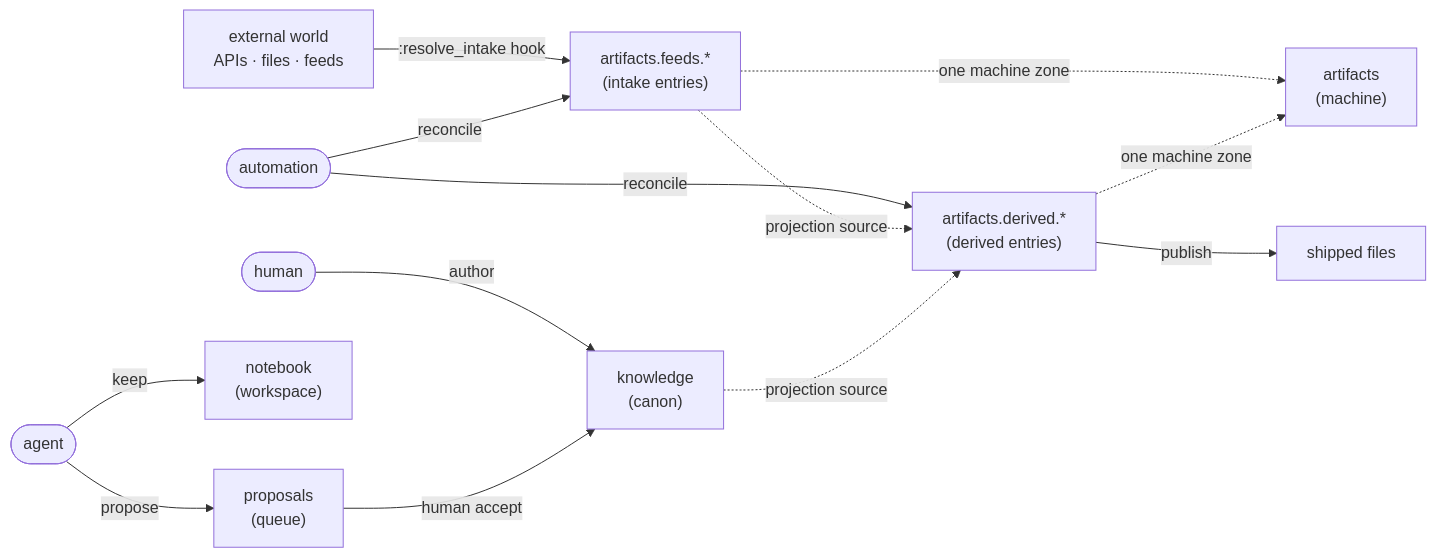
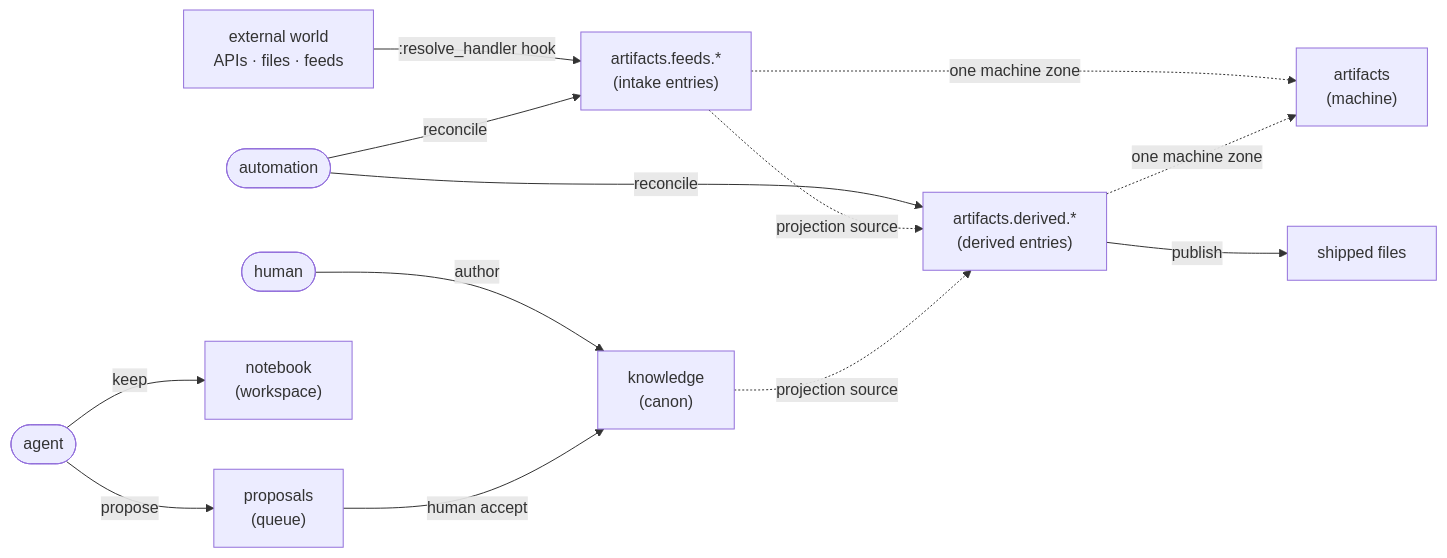
Before and after one commit to patrick204nqh/textus: the first of 2 diagrams in docs/explanation/concepts.md, drawn with Mermaid. The commit also changed other lines of this file and 138 other files, not shown here.

````diff
--- a/docs/explanation/concepts.md
+++ b/docs/explanation/concepts.md
@@ -21,14 +21,14 @@
 ```mermaid
 flowchart LR
-    ext["external world<br/>APIs · files · feeds"] -->|:resolve_intake hook| artifacts_feeds["artifacts.feeds.*<br/>(intake entries)"]
+    ext["external world<br/>APIs · files · feeds"] -->|:resolve_handler hook| artifacts_feeds["artifacts.feeds.*<br/>(intake entries)"]
     automation(["automation"]) -->|reconcile| artifacts_feeds
     human(["human"]) -->|author| knowledge["knowledge<br/>(canon)"]
     agent(["agent"]) -->|keep| notebook["notebook<br/>(workspace)"]
     agent -->|propose| proposals["proposals<br/>(queue)"]
     proposals -->|human accept| knowledge
     automation -->|reconcile| artifacts_derived["artifacts.derived.*<br/>(derived entries)"]
     artifacts_feeds -.->|projection source| artifacts_derived
     knowledge -.->|projection source| artifacts_derived
     artifacts_feeds & artifacts_derived -.->|one machine zone| artifacts["artifacts<br/>(machine)"]
     artifacts_derived -->|publish| files["shipped files"]
 ```
````
